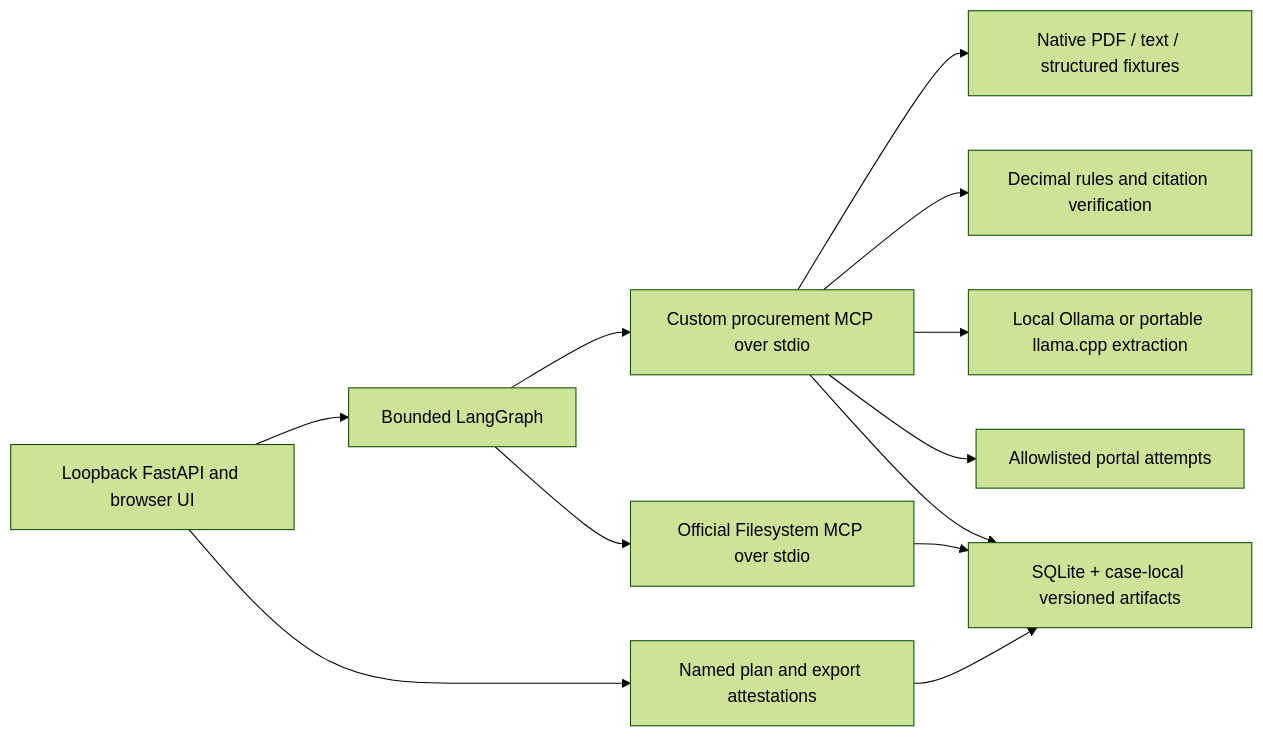
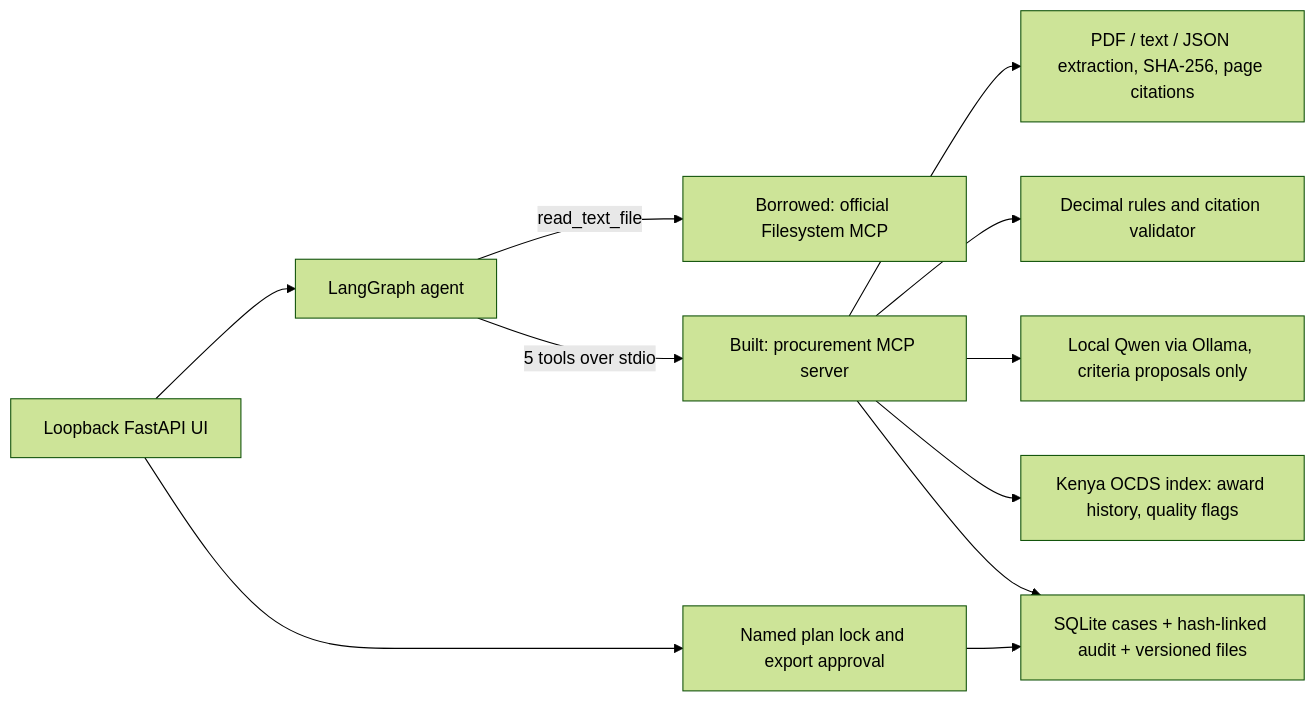
The diagram in ARCHITECTURE.md (Morio-mtrue/health-commodity-tender-agent), drawn with Mermaid (forest theme) before and after one commit. The commit also changed other lines of this file and 8 other files, not shown here.

First line of the commit message:
Rewrite README, architecture, evals and submission text

````diff
--- a/ARCHITECTURE.md
+++ b/ARCHITECTURE.md
@@ -5,14 +5,13 @@
 ```mermaid
 flowchart LR
-    UI[Loopback FastAPI and browser UI] --> G[Bounded LangGraph]
-    G --> C[Custom procurement MCP over stdio]
-    G --> F[Official Filesystem MCP over stdio]
-    C --> P[Native PDF / text / structured fixtures]
-    C --> R[Decimal rules and citation verification]
-    C --> M[Local Ollama or portable llama.cpp extraction]
-    C --> X[Allowlisted portal attempts]
-    C --> S[SQLite + case-local versioned artifacts]
-    F --> S
-    UI --> H[Named plan and export attestations]
+    UI[Loopback FastAPI UI] --> G[LangGraph agent]
+    G -- read_text_file --> F[Borrowed: official Filesystem MCP]
+    G -- 5 tools over stdio --> C[Built: procurement MCP server]
+    C --> D[PDF / text / JSON extraction, SHA-256, page citations]
+    C --> R[Decimal rules and citation validator]
+    C --> M[Local Qwen via Ollama, criteria proposals only]
+    C --> O[Kenya OCDS index: award history, quality flags]
+    C --> S[SQLite cases + hash-linked audit + versioned files]
+    UI --> H[Named plan lock and export approval]
     H --> S
 ```
````
